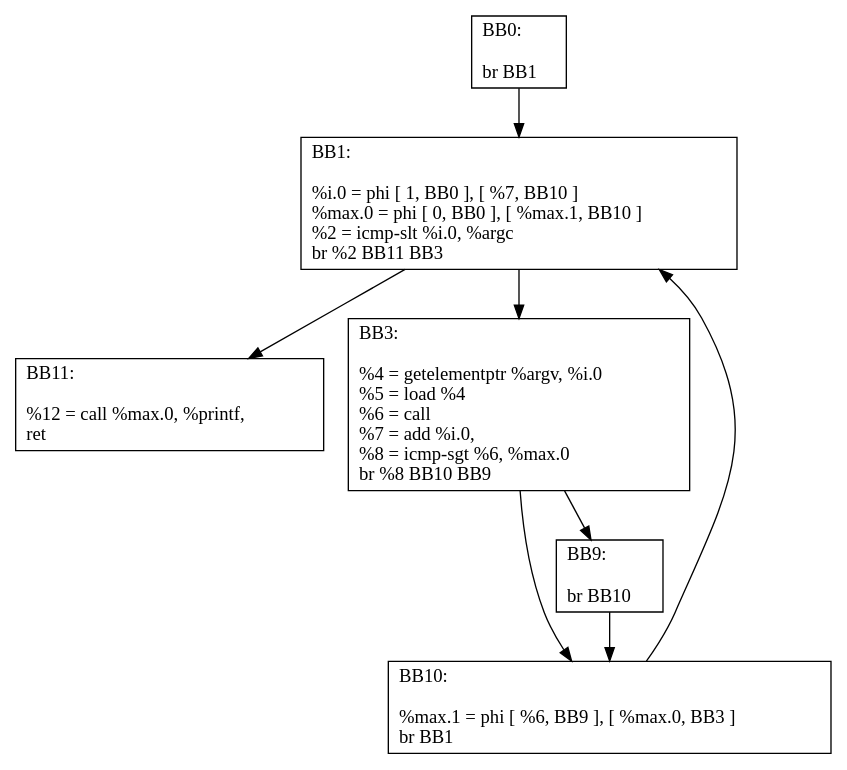
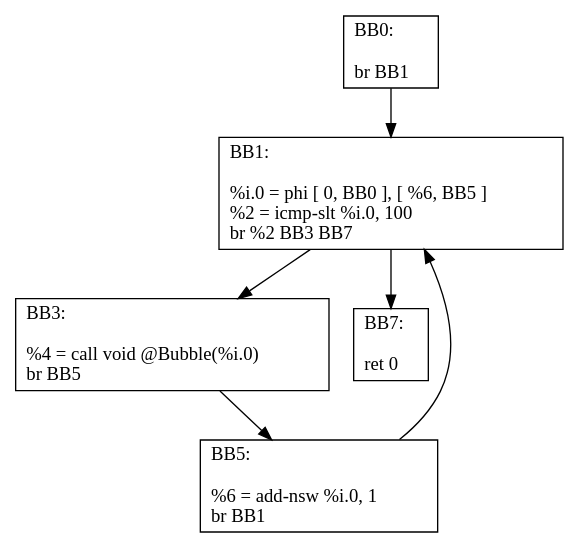
Before and after one commit to canesche/cfgPrinter: the diagram in main.dot, drawn with Graphviz. The commit also changed 27 other files, not shown here.

```diff
--- a/main.dot
+++ b/main.dot
@@ -1,15 +1,12 @@
 digraph "CFG for 'main' function" {
 	AA0 [shape=record, label="{BB0:\l\l  br  BB1\l}"];
 	AA0 -> AA1
-	AA1 [shape=record, label="{BB1:\l\l  %i.0 = phi [ 1, BB0 ], [  %7, BB10 ]\l %max.0 = phi [ 0, BB0 ], [  %max.1, BB10 ]\l %2 = icmp-slt  %i.0,  %argc\l br %2 BB11 BB3\l}"];
-	AA1 -> AA11
+	AA1 [shape=record, label="{BB1:\l\l  %i.0 = phi [ 0, BB0 ], [  %6, BB5 ]\l %2 = icmp-slt %i.0,  100\l br %2 BB3 BB7\l}"];
 	AA1 -> AA3
-	AA3 [shape=record, label="{BB3:\l\l  %4 = getelementptr %argv,  %i.0\l %5 = load %4\l %6 = call\l %7 = add %i.0, \l %8 = icmp-sgt  %6,  %max.0\l br %8 BB10 BB9\l}"];
-	AA3 -> AA10
-	AA3 -> AA9
-	AA9 [shape=record, label="{BB9:\l\l  br  BB10\l}"];
-	AA9 -> AA10
-	AA10 [shape=record, label="{BB10:\l\l  %max.1 = phi [  %6, BB9 ], [  %max.0, BB3 ]\l br  BB1\l}"];
-	AA10 -> AA1
-	AA11 [shape=record, label="{BB11:\l\l  %12 = call %max.0,  %printf, \l ret \l}"];
+	AA1 -> AA7
+	AA3 [shape=record, label="{BB3:\l\l  %4 =   call void @Bubble(%i.0)\l br  BB5\l}"];
+	AA3 -> AA5
+	AA5 [shape=record, label="{BB5:\l\l  %6 = add-nsw %i.0,  1\l br  BB1\l}"];
+	AA5 -> AA1
+	AA7 [shape=record, label="{BB7:\l\l  ret 0\l}"];
 }
```
